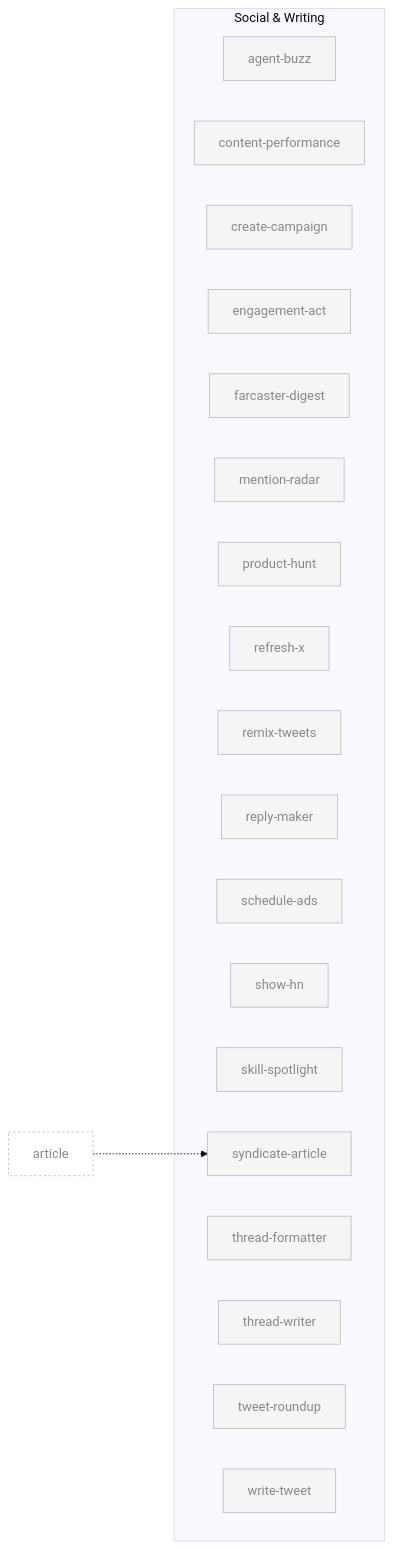
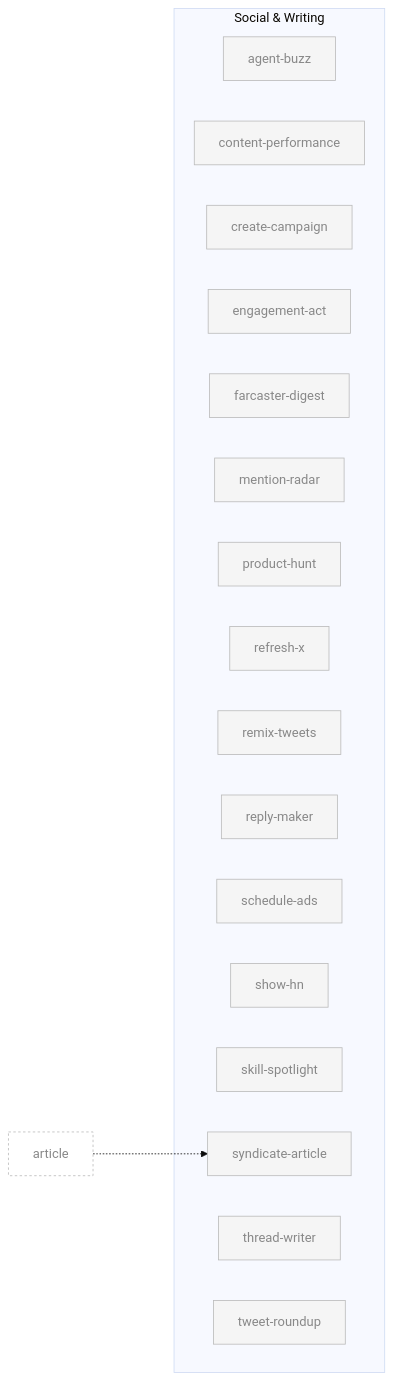
The eighth of 10 diagrams in docs/skill-graph.md (aeonfun/aeon), drawn with Mermaid (base theme) before and after one commit. The commit also changed other lines of this file and 1 other file, not shown here.

First line of the commit message:
docs: refresh skill gallery + prune skill-graph of deleted skills

````diff
--- a/docs/skill-graph.md
+++ b/docs/skill-graph.md
@@ -453,50 +428,46 @@
 ```mermaid
 flowchart LR
     subgraph social ["Social & Writing"]
         agent-buzz[agent-buzz]
         content-performance[content-performance]
         create-campaign[create-campaign]
         engagement-act[engagement-act]
         farcaster-digest[farcaster-digest]
         mention-radar[mention-radar]
         product-hunt[product-hunt]
         refresh-x[refresh-x]
         remix-tweets[remix-tweets]
         reply-maker[reply-maker]
         schedule-ads[schedule-ads]
         show-hn[show-hn]
         skill-spotlight[skill-spotlight]
         syndicate-article[syndicate-article]
-        thread-formatter[thread-formatter]
         thread-writer[thread-writer]
         tweet-roundup[tweet-roundup]
-        write-tweet[write-tweet]
     end
 
     article[article]:::external
 
     article -..-> syndicate-article
 
     classDef default fill:#f5f5f5,stroke:#bbb,color:#888
     classDef enabled fill:#fff,stroke:#000,stroke-width:2px,color:#000
     classDef external fill:none,stroke:#bbb,stroke-dasharray:3 3,color:#888
     click agent-buzz "../skills/agent-buzz/SKILL.md"
     click content-performance "../skills/content-performance/SKILL.md"
     click create-campaign "../skills/create-campaign/SKILL.md"
     click engagement-act "../skills/engagement-act/SKILL.md"
     click farcaster-digest "../skills/farcaster-digest/SKILL.md"
     click mention-radar "../skills/mention-radar/SKILL.md"
     click product-hunt "../skills/product-hunt/SKILL.md"
     click refresh-x "../skills/refresh-x/SKILL.md"
     click remix-tweets "../skills/remix-tweets/SKILL.md"
     click reply-maker "../skills/reply-maker/SKILL.md"
     click schedule-ads "../skills/schedule-ads/SKILL.md"
     click show-hn "../skills/show-hn/SKILL.md"
     click skill-spotlight "../skills/skill-spotlight/SKILL.md"
     click syndicate-article "../skills/syndicate-article/SKILL.md"
-    click thread-formatter "../skills/thread-formatter/SKILL.md"
     click thread-writer "../skills/thread-writer/SKILL.md"
     click tweet-roundup "../skills/tweet-roundup/SKILL.md"
-    click write-tweet "../skills/write-tweet/SKILL.md"
     click article "../skills/article/SKILL.md"
 ```
````
